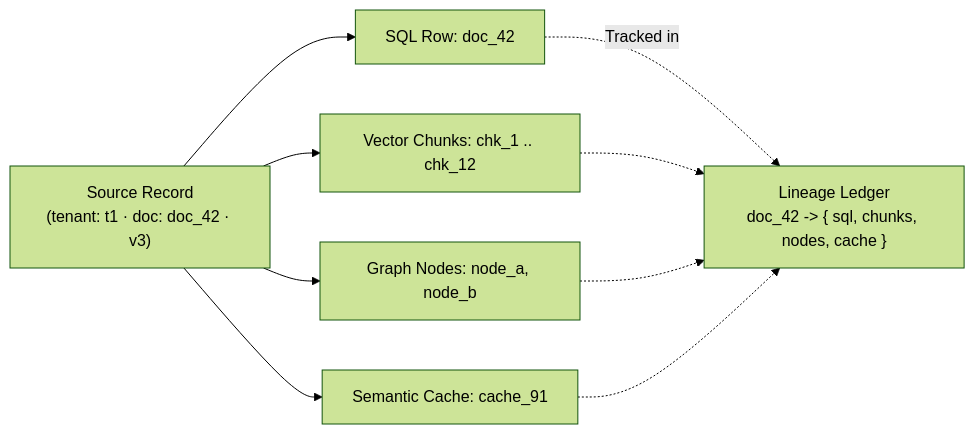
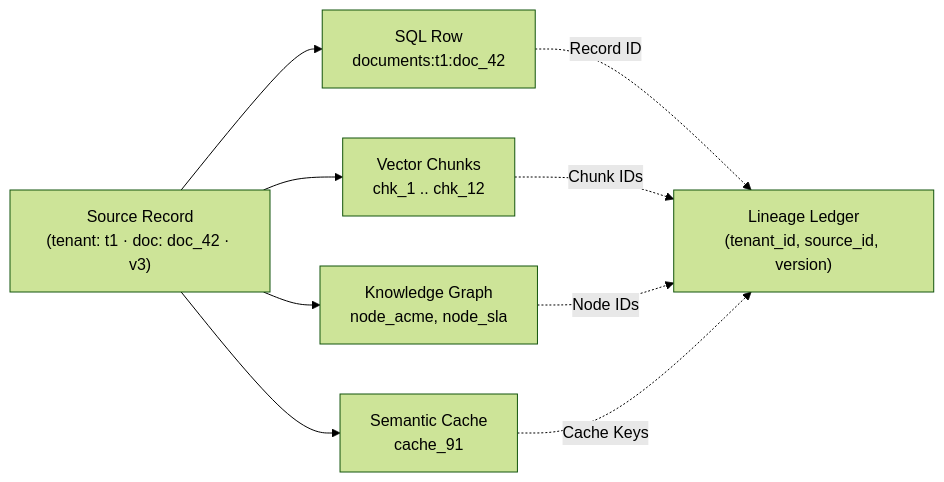
Before and after one commit to Amie-dev/FDE-and-GenAI-Mastery: the first of 2 diagrams in Lecture 25 - AI Data Contracts and Lakehouse Lifecycle/notes/03_Knowledge_Freshness_SLAs_and_Lineage_Tracking.md, drawn with Mermaid (forest theme). The commit also changed other lines of this file and 92 other files, not shown here.

````diff
--- a/Lecture 25 - AI Data Contracts and Lakehouse Lifecycle/notes/03_Knowledge_Freshness_SLAs_and_Lineage_Tracking.md
+++ b/Lecture 25 - AI Data Contracts and Lakehouse Lifecycle/notes/03_Knowledge_Freshness_SLAs_and_Lineage_Tracking.md
@@ -29,11 +32,12 @@
 ```mermaid
 flowchart LR
-    Src["Source Record<br/>(tenant: t1 · doc: doc_42 · v3)"] --> SQL["SQL Row: doc_42"]
-    Src --> Vec["Vector Chunks: chk_1 .. chk_12"]
-    Src --> Graph["Graph Nodes: node_a, node_b"]
-    Src --> Cache["Semantic Cache: cache_91"]
-    SQL -.->|"Tracked in"| Ledger["Lineage Ledger<br/>doc_42 -> { sql, chunks, nodes, cache }"]
-    Vec -.-> Ledger
-    Graph -.-> Ledger
-    Cache -.-> Ledger
+    Src["Source Record<br/>(tenant: t1 · doc: doc_42 · v3)"] --> SQL["SQL Row<br/>documents:t1:doc_42"]
+    Src --> Vec["Vector Chunks<br/>chk_1 .. chk_12"]
+    Src --> Graph["Knowledge Graph<br/>node_acme, node_sla"]
+    Src --> Cache["Semantic Cache<br/>cache_91"]
+
+    SQL -.->|"Record ID"| Ledger["Lineage Ledger<br/>(tenant_id, source_id, version)"]
+    Vec -.->|"Chunk IDs"| Ledger
+    Graph -.->|"Node IDs"| Ledger
+    Cache -.->|"Cache Keys"| Ledger
 ```
````
